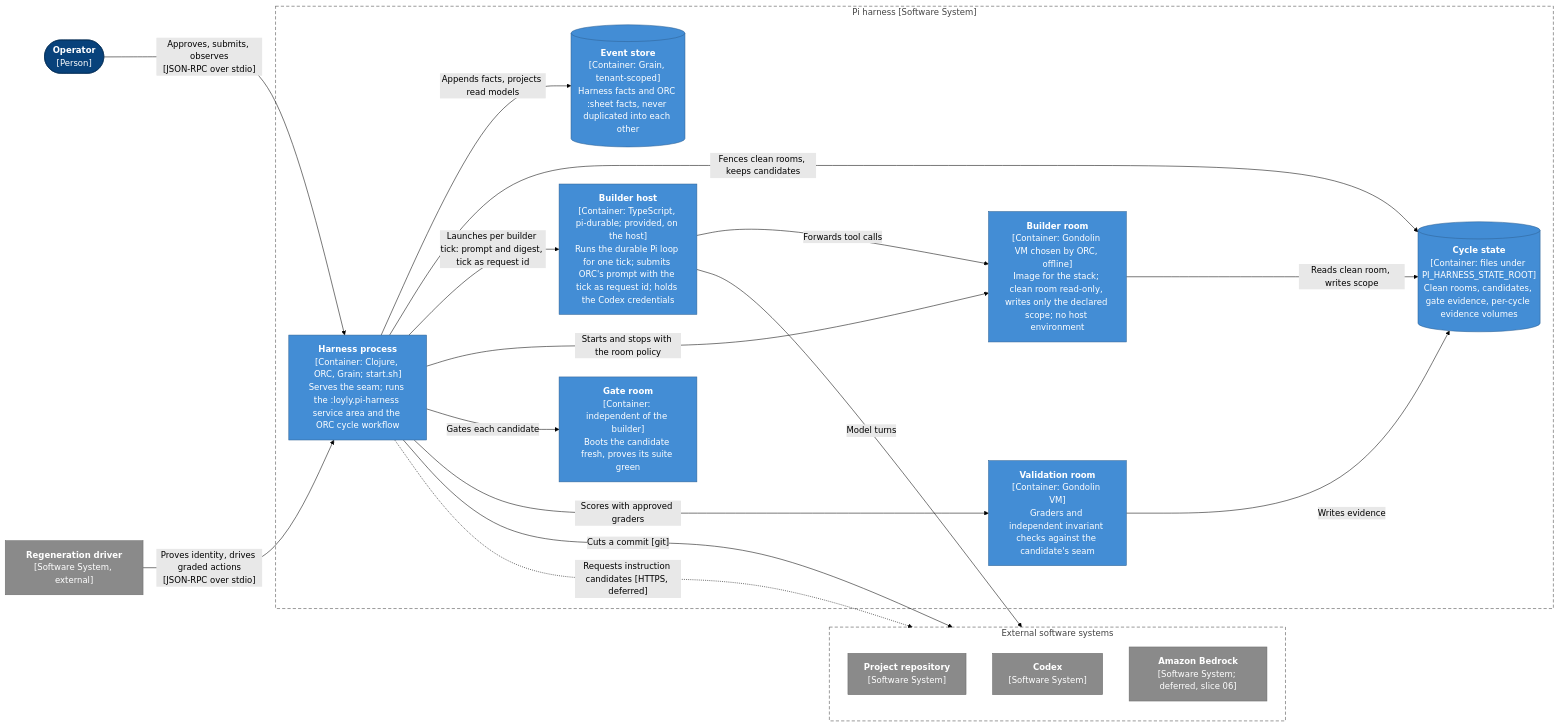
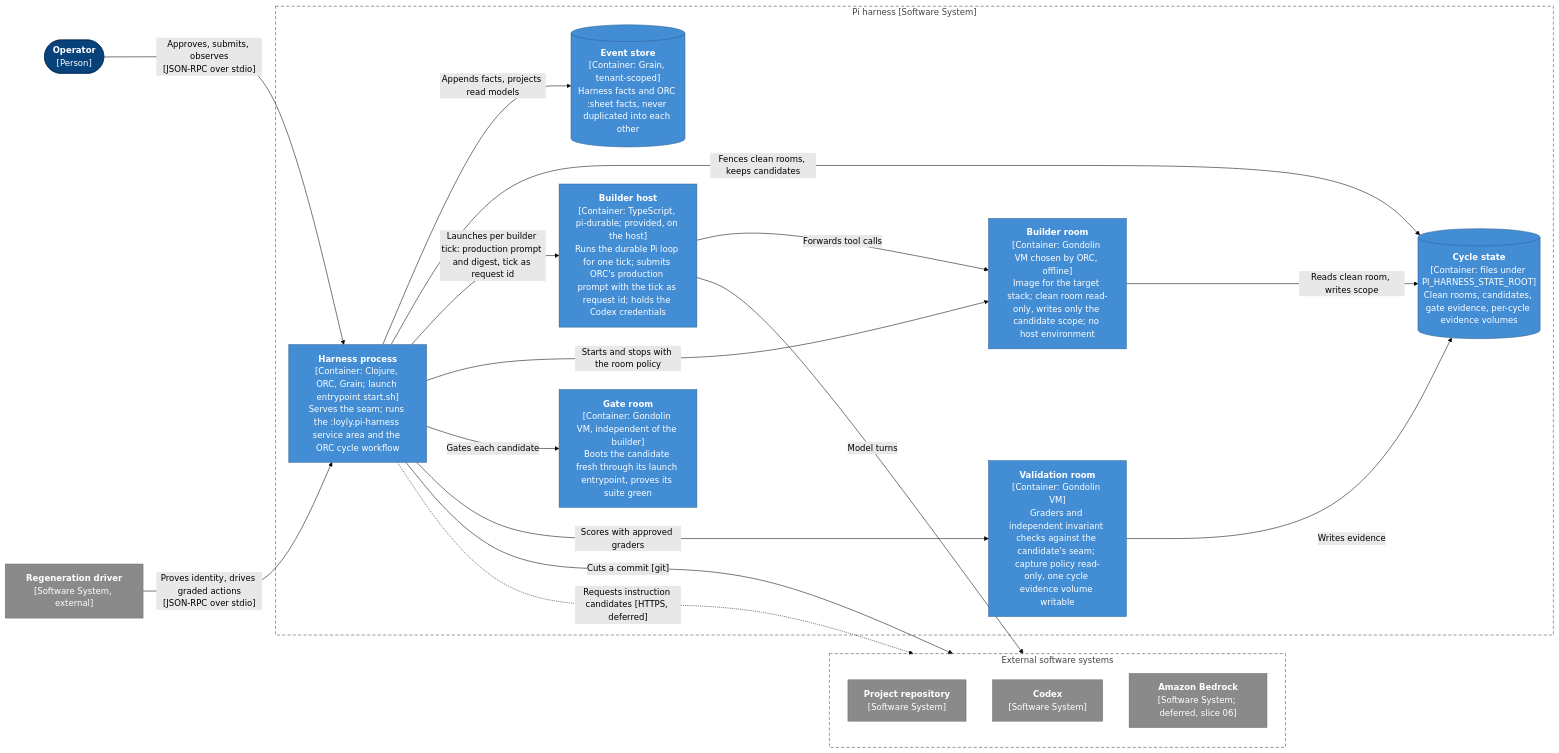
One commit to scope-impact/loyly changed the second of 3 diagrams in .pi/architecture.md. Above: the diagram before and after it, drawn with Mermaid (forest theme). The commit also changed other lines of this file and 16 other files, not shown here.

````diff
--- a/.pi/architecture.md
+++ b/.pi/architecture.md
@@ -60,50 +60,50 @@
 ```mermaid
 
 flowchart LR
   operator(["<b>Operator</b><br/>[Person]"])
   driver["<b>Regeneration driver</b><br/>[Software System, external]"]
 
   subgraph h ["Pi harness [Software System]"]
-    proc["<b>Harness process</b><br/>[Container: Clojure, ORC, Grain; start.sh]<br/>Serves the seam; runs the :loyly.pi-harness service area and the ORC cycle workflow"]
+    proc["<b>Harness process</b><br/>[Container: Clojure, ORC, Grain; launch entrypoint start.sh]<br/>Serves the seam; runs the :loyly.pi-harness service area and the ORC cycle workflow"]
     events[("<b>Event store</b><br/>[Container: Grain, tenant-scoped]<br/>Harness facts and ORC :sheet facts, never duplicated into each other")]
     state[("<b>Cycle state</b><br/>[Container: files under PI_HARNESS_STATE_ROOT]<br/>Clean rooms, candidates, gate evidence, per-cycle evidence volumes")]
-    host["<b>Builder host</b><br/>[Container: TypeScript, pi-durable; provided, on the host]<br/>Runs the durable Pi loop for one tick; submits ORC's prompt with the tick as request id; holds the Codex credentials"]
-    builder["<b>Builder room</b><br/>[Container: Gondolin VM chosen by ORC, offline]<br/>Image for the stack; clean room read-only, writes only the declared scope; no host environment"]
-    gate["<b>Gate room</b><br/>[Container: independent of the builder]<br/>Boots the candidate fresh, proves its suite green"]
-    validator["<b>Validation room</b><br/>[Container: Gondolin VM]<br/>Graders and independent invariant checks against the candidate's seam"]
+    host["<b>Builder host</b><br/>[Container: TypeScript, pi-durable; provided, on the host]<br/>Runs the durable Pi loop for one tick; submits ORC's production prompt with the tick as request id; holds the Codex credentials"]
+    builder["<b>Builder room</b><br/>[Container: Gondolin VM chosen by ORC, offline]<br/>Image for the target stack; clean room read-only, writes only the candidate scope; no host environment"]
+    gate["<b>Gate room</b><br/>[Container: Gondolin VM, independent of the builder]<br/>Boots the candidate fresh through its launch entrypoint, proves its suite green"]
+    validator["<b>Validation room</b><br/>[Container: Gondolin VM]<br/>Graders and independent invariant checks against the candidate's seam; capture policy read-only, one cycle evidence volume writable"]
   end
 
   subgraph ext ["External software systems"]
     direction TB
     repo["<b>Project repository</b><br/>[Software System]"]
     pi["<b>Codex</b><br/>[Software System]"]
     bedrock["<b>Amazon Bedrock</b><br/>[Software System; deferred, slice 06]"]
   end
 
   operator -- "Approves, submits, observes<br/>[JSON-RPC over stdio]" --> proc
   driver -- "Proves identity, drives graded actions<br/>[JSON-RPC over stdio]" --> proc
   proc -- "Appends facts, projects read models" --> events
   proc -- "Cuts a commit [git]" --> repo
   proc -- "Fences clean rooms, keeps candidates" --> state
-  proc -- "Launches per builder tick: prompt and digest, tick as request id" --> host
+  proc -- "Launches per builder tick: production prompt and digest, tick as request id" --> host
   proc -- "Starts and stops with the room policy" --> builder
   proc -- "Gates each candidate" --> gate
   proc -- "Scores with approved graders" --> validator
   host -- "Model turns" --> pi
   host -- "Forwards tool calls" --> builder
   builder -- "Reads clean room, writes scope" --> state
   validator -- "Writes evidence" --> state
   proc -. "Requests instruction candidates [HTTPS, deferred]" .-> bedrock
 
   class operator person
   class proc,host,builder,gate,validator container
   class events,state container
   class driver,repo,pi,bedrock external
   class h,ext boundary
   classDef person fill:#08427b,stroke:#052e56,color:#fff
   classDef system fill:#1168bd,stroke:#0b4884,color:#fff
   classDef external fill:#8a8a8a,stroke:#6b6b6b,color:#fff
   classDef container fill:#438dd5,stroke:#2e6295,color:#fff
   classDef component fill:#85bbf0,stroke:#5d82a8,color:#000
   classDef boundary fill:none,stroke:#444,stroke-dasharray:6 4,color:#444
 ```
````
